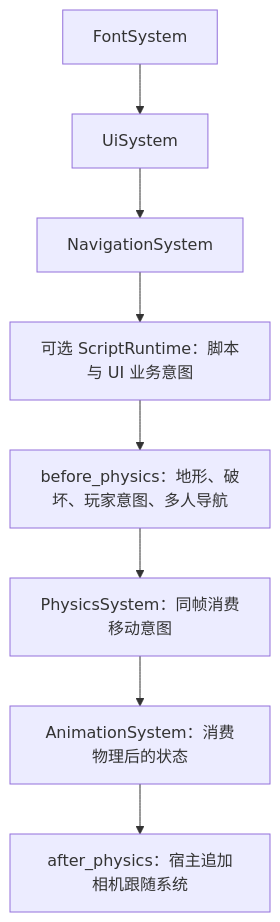
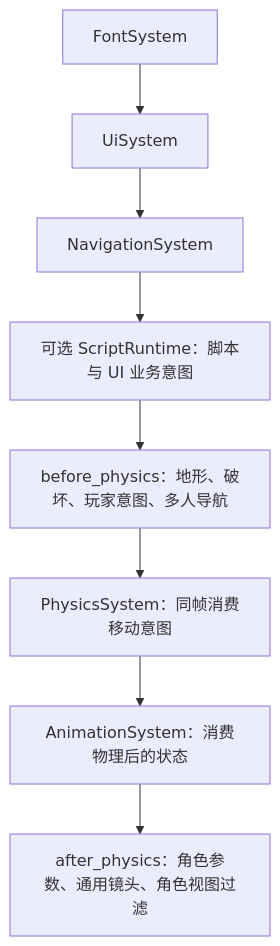
Before and after one commit to lcals/Engine: the second of 2 diagrams in docs/runtime/class-diagrams/runtime-host.md, drawn with Mermaid. The commit also changed other lines of this file and 194 other files, not shown here.

````diff
--- a/docs/runtime/class-diagrams/runtime-host.md
+++ b/docs/runtime/class-diagrams/runtime-host.md
@@ -178,10 +179,10 @@
 ```mermaid
 flowchart TD
     F[FontSystem] --> U[UiSystem]
     U --> N[NavigationSystem]
     N --> S[可选 ScriptRuntime：脚本与 UI 业务意图]
     S --> B[before_physics：地形、破坏、玩家意图、多人导航]
     B --> P[PhysicsSystem：同帧消费移动意图]
     P --> A[AnimationSystem：消费物理后的状态]
-    A --> C[after_physics：宿主追加相机跟随系统]
+    A --> C[after_physics：角色参数、通用镜头、角色视图过滤]
 ```
````
